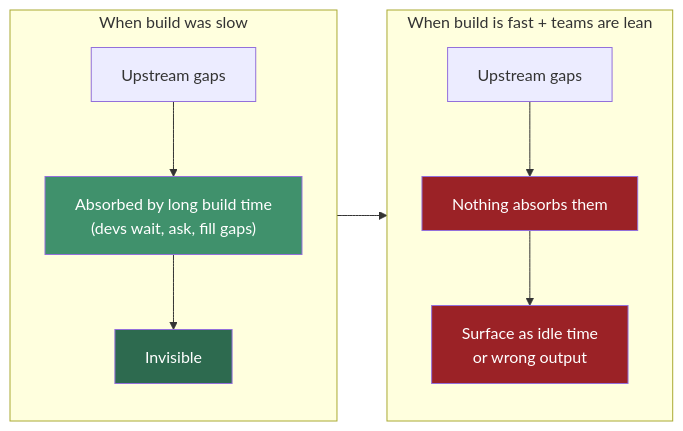
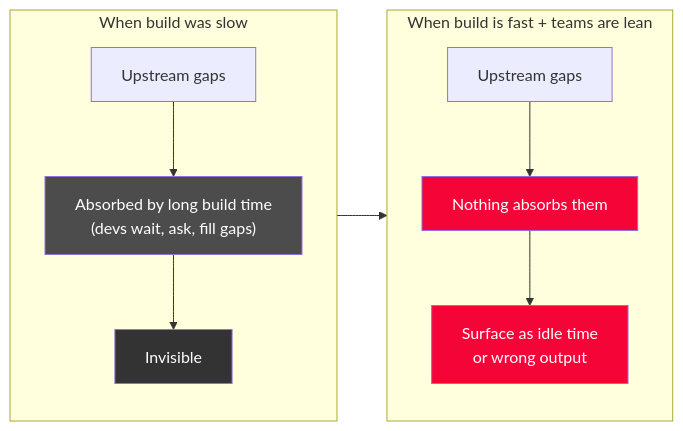
One commit to RED-Internal-Development/delivery-operating-model changed the first of 4 diagrams in docs/upstream-blockers.md. Above: the diagram before and after it, drawn with Mermaid. The commit also changed other lines of this file, not shown here.

````diff
--- a/docs/upstream-blockers.md
+++ b/docs/upstream-blockers.md
@@ -40,15 +41,15 @@
 ```mermaid
 flowchart LR
     subgraph BEFORE["When build was slow"]
         b1["Upstream gaps"] --> b2["Absorbed by long build time<br/>(devs wait, ask, fill gaps)"] --> b3["Invisible"]
     end
     subgraph NOW["When build is fast + teams are lean"]
         n1["Upstream gaps"] --> n2["Nothing absorbs them"] --> n3["Surface as idle time<br/>or wrong output"]
     end
     BEFORE --> NOW
 
-    style b2 fill:#40916c,color:#fff
-    style b3 fill:#2d6a4f,color:#fff
-    style n2 fill:#9b2226,color:#fff
-    style n3 fill:#9b2226,color:#fff
+    style b2 fill:#4C4C4C,color:#fff
+    style b3 fill:#333333,color:#fff
+    style n2 fill:#F50537,color:#fff
+    style n3 fill:#F50537,color:#fff
 ```
````
